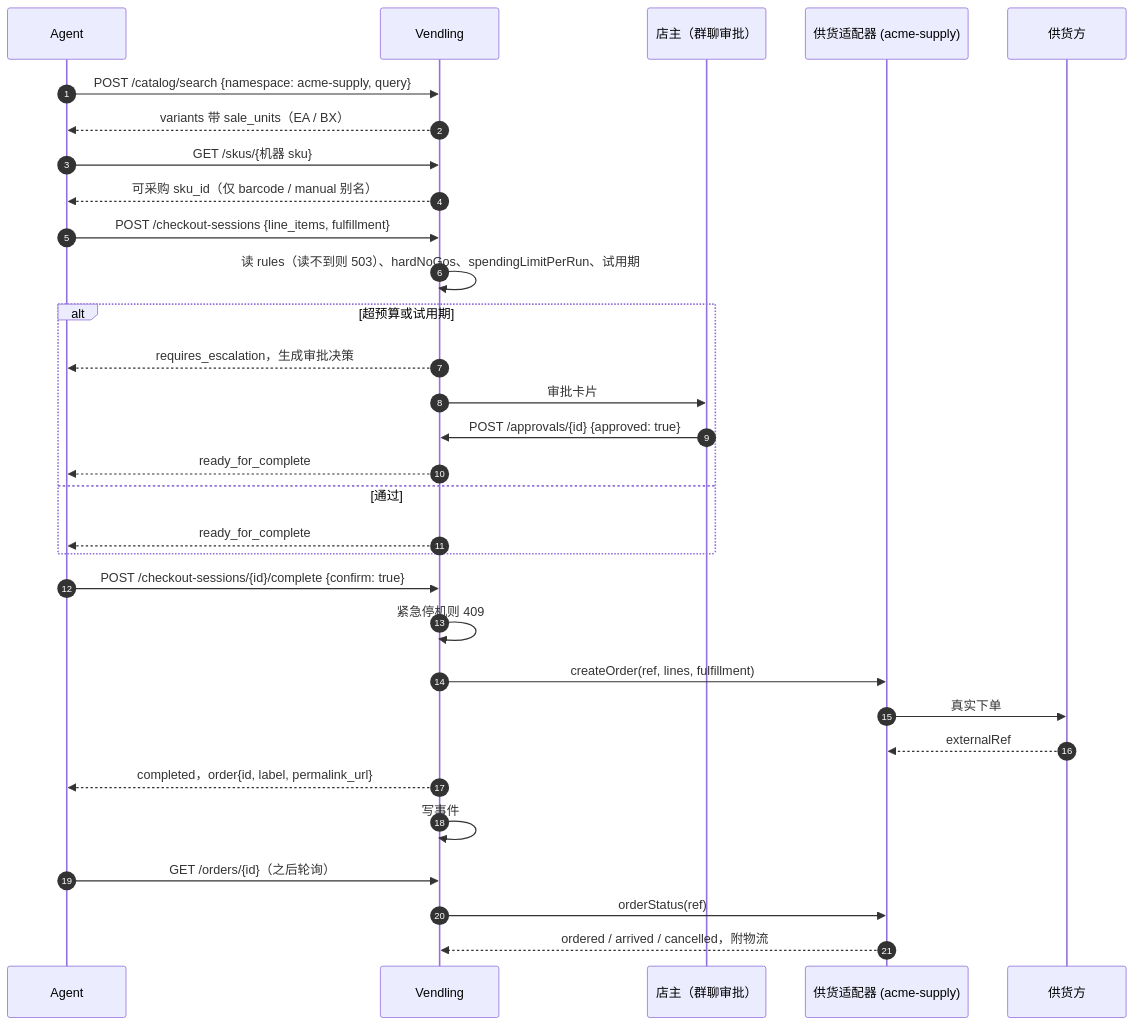
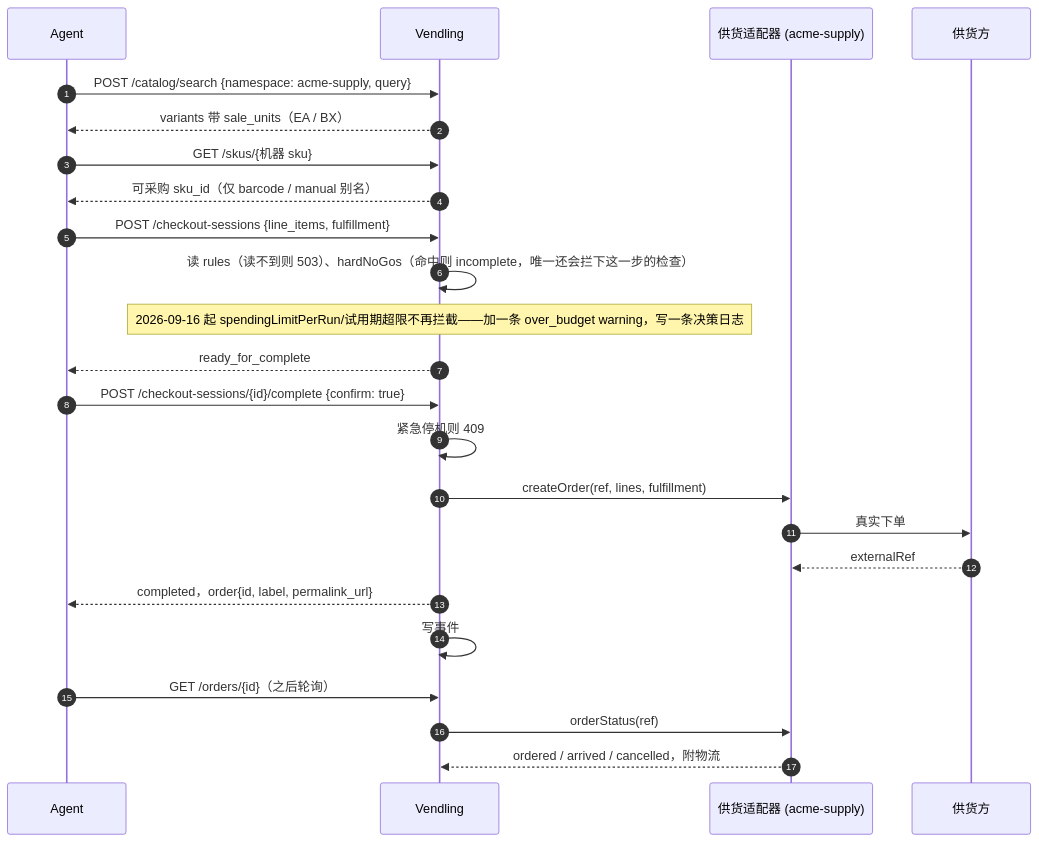
Before and after one commit to fxp/vendling-api: the third of 6 diagrams in spec/commerce-api.md, drawn with Mermaid. The commit also changed other lines of this file and 6 other files, not shown here.

````diff
--- a/spec/commerce-api.md
+++ b/spec/commerce-api.md
@@ -1301,33 +1303,26 @@
 ```mermaid
 sequenceDiagram
   autonumber
   participant A as Agent
   participant V as Vendling
-  participant O as 店主（群聊审批）
   participant S as 供货适配器 (acme-supply)
   participant W as 供货方
   A->>V: POST /catalog/search {namespace: acme-supply, query}
   V-->>A: variants 带 sale_units（EA / BX）
   A->>V: GET /skus/{机器 sku}
   V-->>A: 可采购 sku_id（仅 barcode / manual 别名）
   A->>V: POST /checkout-sessions {line_items, fulfillment}
-  V->>V: 读 rules（读不到则 503）、hardNoGos、spendingLimitPerRun、试用期
-  alt 超预算或试用期
-    V-->>A: requires_escalation，生成审批决策
-    V->>O: 审批卡片
-    O->>V: POST /approvals/{id} {approved: true}
-    V-->>A: ready_for_complete
-  else 通过
-    V-->>A: ready_for_complete
-  end
+  V->>V: 读 rules（读不到则 503）、hardNoGos（命中则 incomplete，唯一还会拦下这一步的检查）
+  Note over V: 2026-09-16 起 spendingLimitPerRun/试用期超限不再拦截——加一条 over_budget warning，写一条决策日志
+  V-->>A: ready_for_complete
   A->>V: POST /checkout-sessions/{id}/complete {confirm: true}
   V->>V: 紧急停机则 409
   V->>S: createOrder(ref, lines, fulfillment)
   S->>W: 真实下单
   W-->>S: externalRef
   V-->>A: completed，order{id, label, permalink_url}
   V->>V: 写事件
   A->>V: GET /orders/{id}（之后轮询）
   V->>S: orderStatus(ref)
   S-->>V: ordered / arrived / cancelled，附物流
 ```
````
